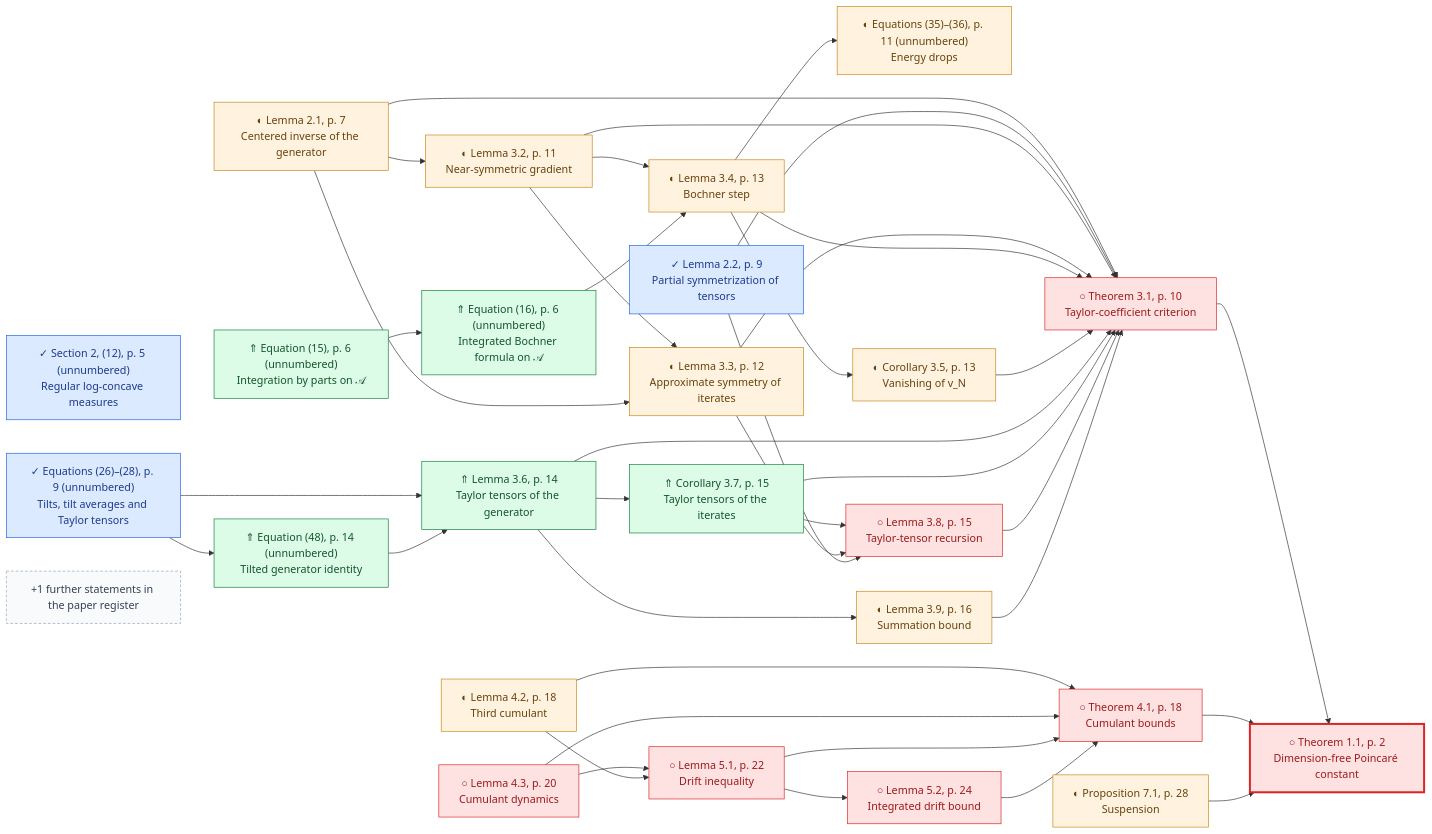
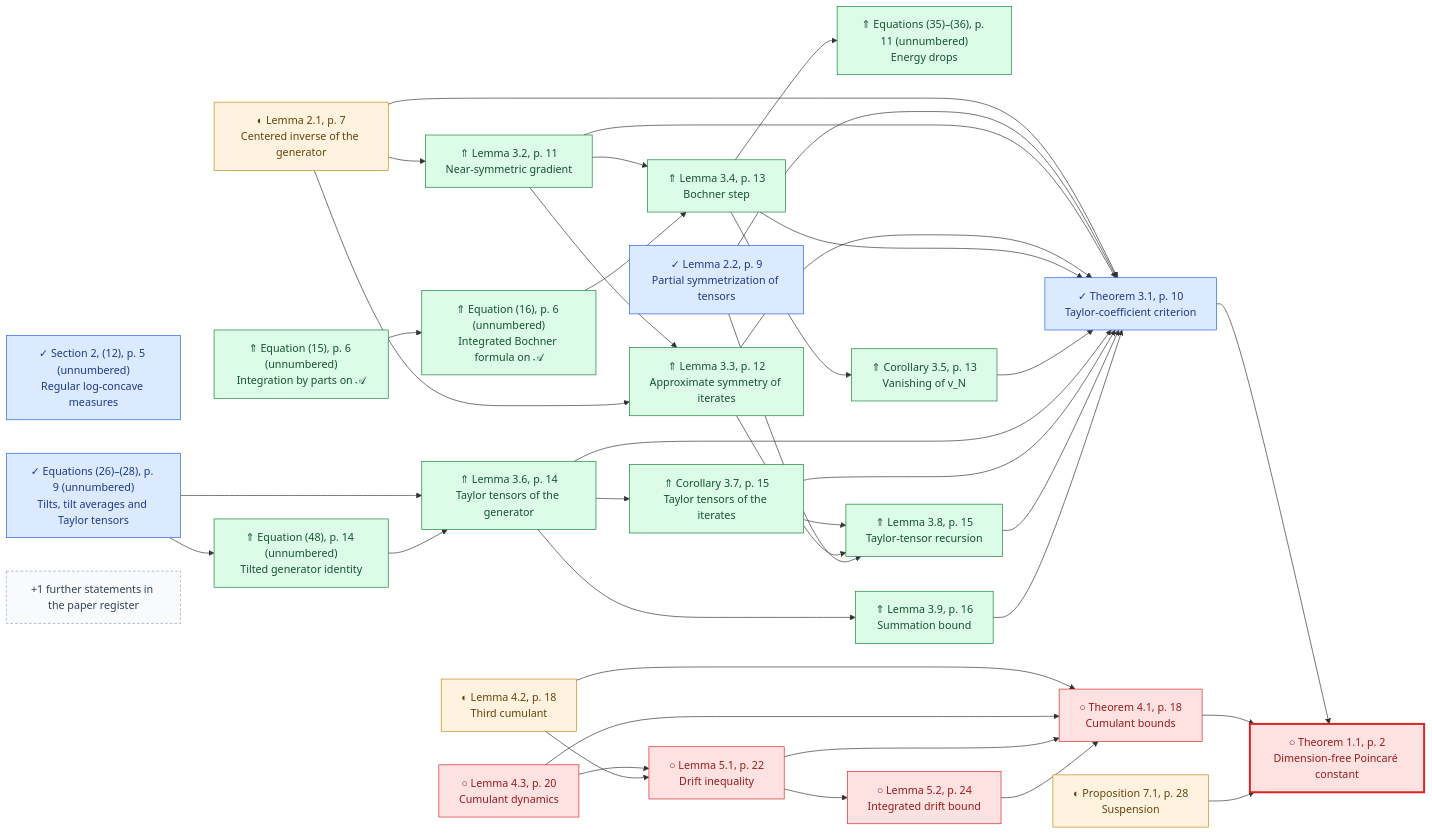
Diagram 24 of 26 in research/progress/README.md (human-ai-mathematics/kls-lean), drawn with Mermaid before and after one commit. The commit also changed other lines of this file and 40 other files, not shown here.

````diff
--- a/research/progress/README.md
+++ b/research/progress/README.md
@@ -1196,75 +1196,75 @@
 ```mermaid
 flowchart LR
     BKL2026_T11["○ Theorem 1.1, p. 2<br/>Dimension-free Poincaré constant"]
     BKL2026_L21["◐ Lemma 2.1, p. 7<br/>Centered inverse of the generator"]
     BKL2026_L22["✓ Lemma 2.2, p. 9<br/>Partial symmetrization of tensors"]
-    BKL2026_T31["○ Theorem 3.1, p. 10<br/>Taylor-coefficient criterion"]
-    BKL2026_L32["◐ Lemma 3.2, p. 11<br/>Near-symmetric gradient"]
-    BKL2026_EQ3536["◐ Equations (35)–(36), p. 11 (unnumbered)<br/>Energy drops"]
-    BKL2026_L33["◐ Lemma 3.3, p. 12<br/>Approximate symmetry of iterates"]
-    BKL2026_L34["◐ Lemma 3.4, p. 13<br/>Bochner step"]
-    BKL2026_C35["◐ Corollary 3.5, p. 13<br/>Vanishing of v_N"]
+    BKL2026_T31["✓ Theorem 3.1, p. 10<br/>Taylor-coefficient criterion"]
+    BKL2026_L32["⇑ Lemma 3.2, p. 11<br/>Near-symmetric gradient"]
+    BKL2026_EQ3536["⇑ Equations (35)–(36), p. 11 (unnumbered)<br/>Energy drops"]
+    BKL2026_L33["⇑ Lemma 3.3, p. 12<br/>Approximate symmetry of iterates"]
+    BKL2026_L34["⇑ Lemma 3.4, p. 13<br/>Bochner step"]
+    BKL2026_C35["⇑ Corollary 3.5, p. 13<br/>Vanishing of v_N"]
     BKL2026_L36["⇑ Lemma 3.6, p. 14<br/>Taylor tensors of the generator"]
     BKL2026_C37["⇑ Corollary 3.7, p. 15<br/>Taylor tensors of the iterates"]
-    BKL2026_L38["○ Lemma 3.8, p. 15<br/>Taylor-tensor recursion"]
-    BKL2026_L39["◐ Lemma 3.9, p. 16<br/>Summation bound"]
+    BKL2026_L38["⇑ Lemma 3.8, p. 15<br/>Taylor-tensor recursion"]
+    BKL2026_L39["⇑ Lemma 3.9, p. 16<br/>Summation bound"]
     BKL2026_T41["○ Theorem 4.1, p. 18<br/>Cumulant bounds"]
     BKL2026_L42["◐ Lemma 4.2, p. 18<br/>Third cumulant"]
     BKL2026_L43["○ Lemma 4.3, p. 20<br/>Cumulant dynamics"]
     BKL2026_L51["○ Lemma 5.1, p. 22<br/>Drift inequality"]
     BKL2026_L52["○ Lemma 5.2, p. 24<br/>Integrated drift bound"]
     BKL2026_P71["◐ Proposition 7.1, p. 28<br/>Suspension"]
     BKL2026_E12["✓ Section 2, (12), p. 5 (unnumbered)<br/>Regular log-concave measures"]
     BKL2026_E2628["✓ Equations (26)–(28), p. 9 (unnumbered)<br/>Tilts, tilt averages and Taylor tensors"]
     BKL2026_EQ15["⇑ Equation (15), p. 6 (unnumbered)<br/>Integration by parts on 𝒜"]
     BKL2026_EQ16["⇑ Equation (16), p. 6 (unnumbered)<br/>Integrated Bochner formula on 𝒜"]
     BKL2026_E48["⇑ Equation (48), p. 14 (unnumbered)<br/>Tilted generator identity"]
     BKL2026_T31 --> BKL2026_T11
     BKL2026_T41 --> BKL2026_T11
     BKL2026_P71 --> BKL2026_T11
     BKL2026_L21 --> BKL2026_T31
     BKL2026_L22 --> BKL2026_T31
     BKL2026_L32 --> BKL2026_T31
     BKL2026_L33 --> BKL2026_T31
     BKL2026_L34 --> BKL2026_T31
     BKL2026_C35 --> BKL2026_T31
     BKL2026_L36 --> BKL2026_T31
     BKL2026_C37 --> BKL2026_T31
     BKL2026_L38 --> BKL2026_T31
     BKL2026_L39 --> BKL2026_T31
     BKL2026_L21 --> BKL2026_L32
     BKL2026_L34 --> BKL2026_EQ3536
     BKL2026_L32 --> BKL2026_L33
     BKL2026_L21 --> BKL2026_L33
     BKL2026_L32 --> BKL2026_L34
     BKL2026_EQ16 --> BKL2026_L34
     BKL2026_L34 --> BKL2026_C35
     BKL2026_E2628 --> BKL2026_L36
     BKL2026_E48 --> BKL2026_L36
     BKL2026_L36 --> BKL2026_C37
     BKL2026_C37 --> BKL2026_L38
     BKL2026_L33 --> BKL2026_L38
     BKL2026_L22 --> BKL2026_L38
     BKL2026_L36 --> BKL2026_L39
     BKL2026_L42 --> BKL2026_T41
     BKL2026_L43 --> BKL2026_T41
     BKL2026_L51 --> BKL2026_T41
     BKL2026_L52 --> BKL2026_T41
     BKL2026_L43 --> BKL2026_L51
     BKL2026_L42 --> BKL2026_L51
     BKL2026_L51 --> BKL2026_L52
     BKL2026_EQ15 --> BKL2026_EQ16
     BKL2026_E2628 --> BKL2026_E48
     BKL2026_more["+1 further statements in the paper register"]
     classDef lemma_formalized fill:#dbeafe,stroke:#2563eb,color:#1e3a8a;
-    class BKL2026_L22,BKL2026_E12,BKL2026_E2628 lemma_formalized;
+    class BKL2026_L22,BKL2026_T31,BKL2026_E12,BKL2026_E2628 lemma_formalized;
     classDef lemma_partial fill:#fff3df,stroke:#c88719,color:#66420d;
-    class BKL2026_L21,BKL2026_L32,BKL2026_EQ3536,BKL2026_L33,BKL2026_L34,BKL2026_C35,BKL2026_L39,BKL2026_L42,BKL2026_P71 lemma_partial;
+    class BKL2026_L21,BKL2026_L42,BKL2026_P71 lemma_partial;
     classDef lemma_pending fill:#fee2e2,stroke:#dc2626,color:#991b1b;
-    class BKL2026_T11,BKL2026_T31,BKL2026_L38,BKL2026_T41,BKL2026_L43,BKL2026_L51,BKL2026_L52 lemma_pending;
+    class BKL2026_T11,BKL2026_T41,BKL2026_L43,BKL2026_L51,BKL2026_L52 lemma_pending;
     classDef lemma_improved fill:#dcfce7,stroke:#15803d,color:#14532d;
-    class BKL2026_L36,BKL2026_C37,BKL2026_EQ15,BKL2026_EQ16,BKL2026_E48 lemma_improved;
+    class BKL2026_L32,BKL2026_EQ3536,BKL2026_L33,BKL2026_L34,BKL2026_C35,BKL2026_L36,BKL2026_C37,BKL2026_L38,BKL2026_L39,BKL2026_EQ15,BKL2026_EQ16,BKL2026_E48 lemma_improved;
     style BKL2026_T11 stroke-width:3px
     classDef lemma_more fill:#f8fafc,stroke:#94a3b8,color:#334155,stroke-dasharray:4 3;
     class BKL2026_more lemma_more;
 ```
````
